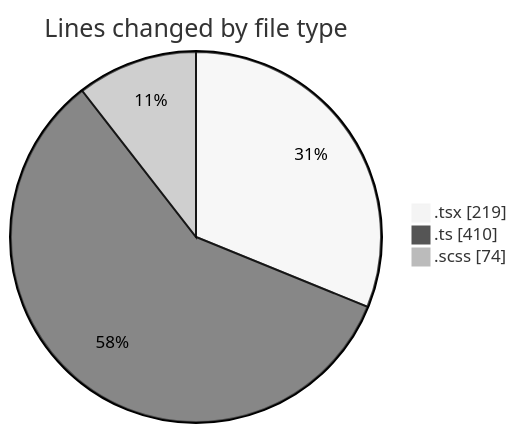
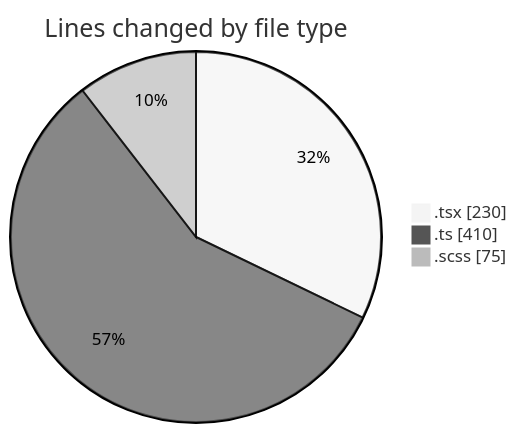
The first of 2 diagrams in 2026-03-26/cda/README.md (momahboobian/code-tracking), drawn with Mermaid (neutral theme) before and after one commit. The commit also changed other lines of this file and 1 other file, not shown here.

````diff
--- a/2026-03-26/cda/README.md
+++ b/2026-03-26/cda/README.md
@@ -23,7 +23,7 @@
 ```mermaid
 pie showData
 title Lines changed by file type
-".tsx" : 219
+".tsx" : 230
 ".ts" : 410
-".scss" : 74
+".scss" : 75
 ```
````
